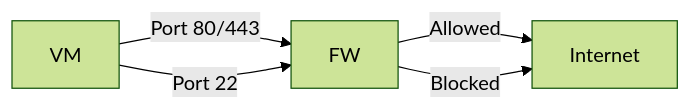
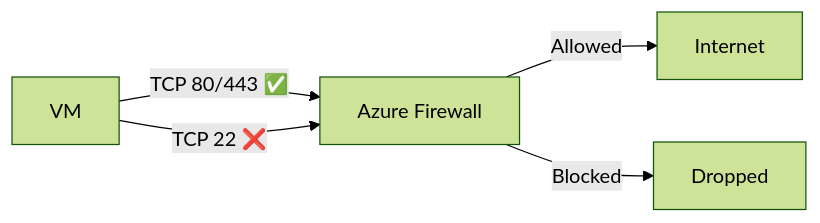
Before and after one commit to atulkamble/Azure-Firewall: the second of 10 diagrams in azure-firewall.md, drawn with Mermaid (forest theme). The commit also changed other lines of this file, not shown here.

````diff
--- a/azure-firewall.md
+++ b/azure-firewall.md
@@ -81,7 +86,7 @@
 ```mermaid
 flowchart LR
-    VM -->|Port 80/443| FW
+    VM -->|"TCP 80/443 ✅"| FW[Azure Firewall]
+    VM -->|"TCP 22 ❌"| FW
     FW -->|Allowed| Internet
-    VM -->|Port 22| FW
-    FW -->|Blocked| Internet
+    FW -->|Blocked| X[Dropped]
 ```
````
